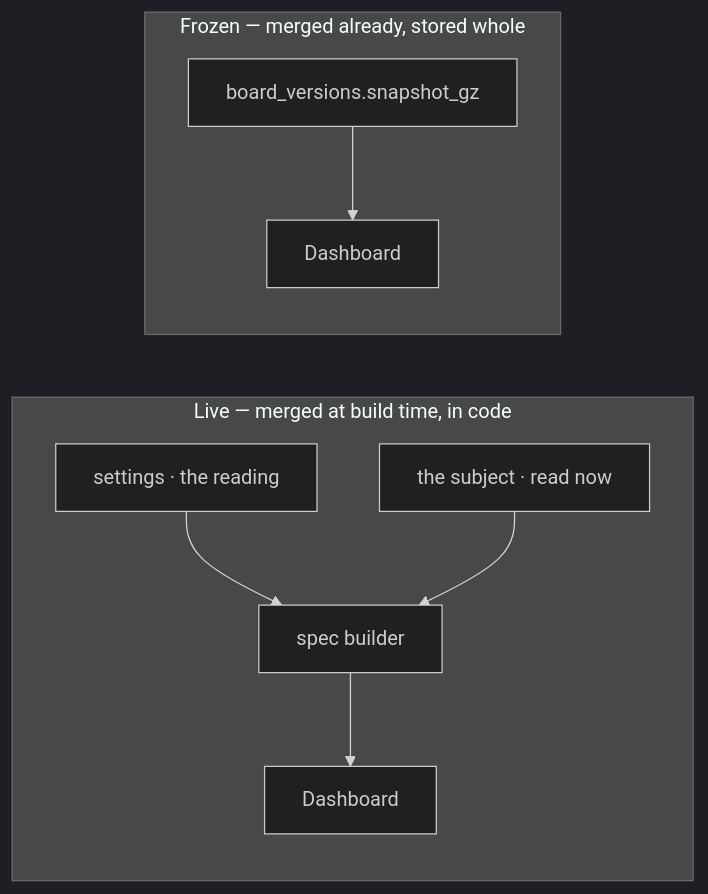
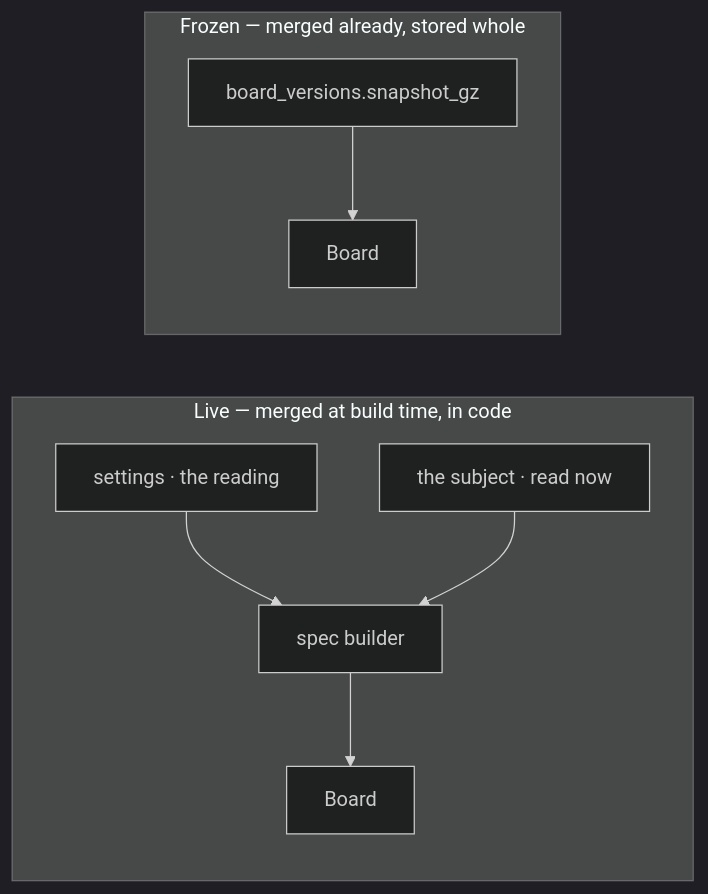
One commit to invana/invana changed the third of 8 diagrams in docs/for-developers/building-engine/boards-migration.md. Above: the diagram before and after it, drawn with Mermaid (dark theme). The commit also changed other lines of this file and 130 other files, not shown here.

First line of the commit message:
refactor: there is no dashboard — every surface is a board

````diff
--- a/docs/for-developers/building-engine/boards-migration.md
+++ b/docs/for-developers/building-engine/boards-migration.md
@@ -367,11 +367,11 @@
 ```mermaid
 flowchart LR
     subgraph LIVE["Live — merged at build time, in code"]
         S1[settings · the reading] --> B[spec builder]
         D1[the subject · read now] --> B
-        B --> R1[Dashboard]
+        B --> R1[Board]
     end
     subgraph FROZEN["Frozen — merged already, stored whole"]
-        V[board_versions.snapshot_gz] --> R2[Dashboard]
+        V[board_versions.snapshot_gz] --> R2[Board]
     end
 ```
````
